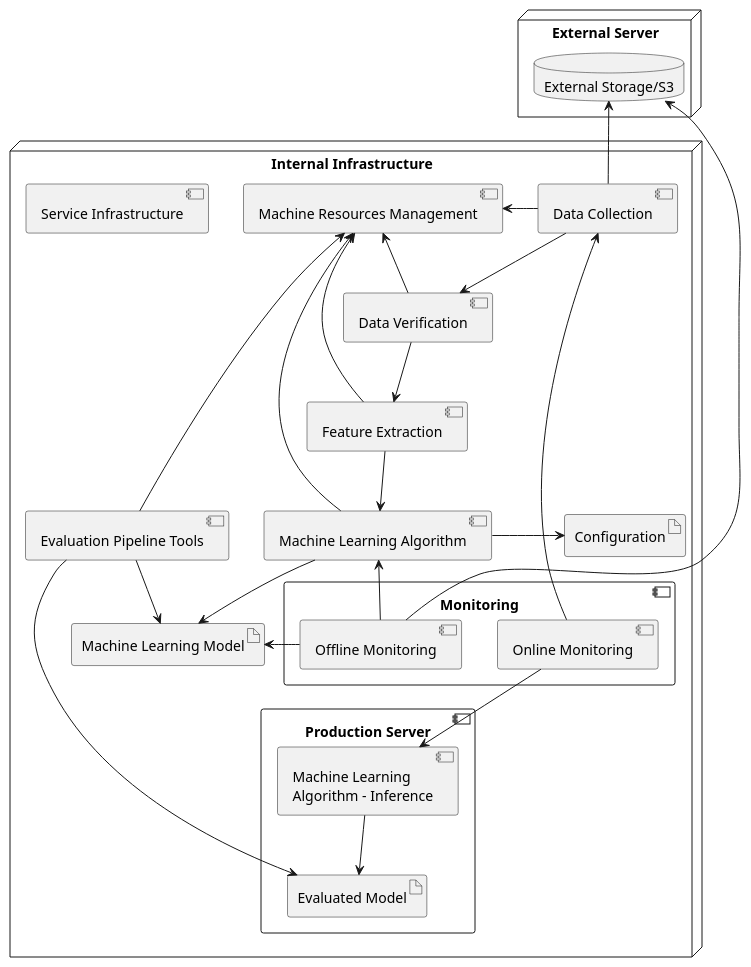
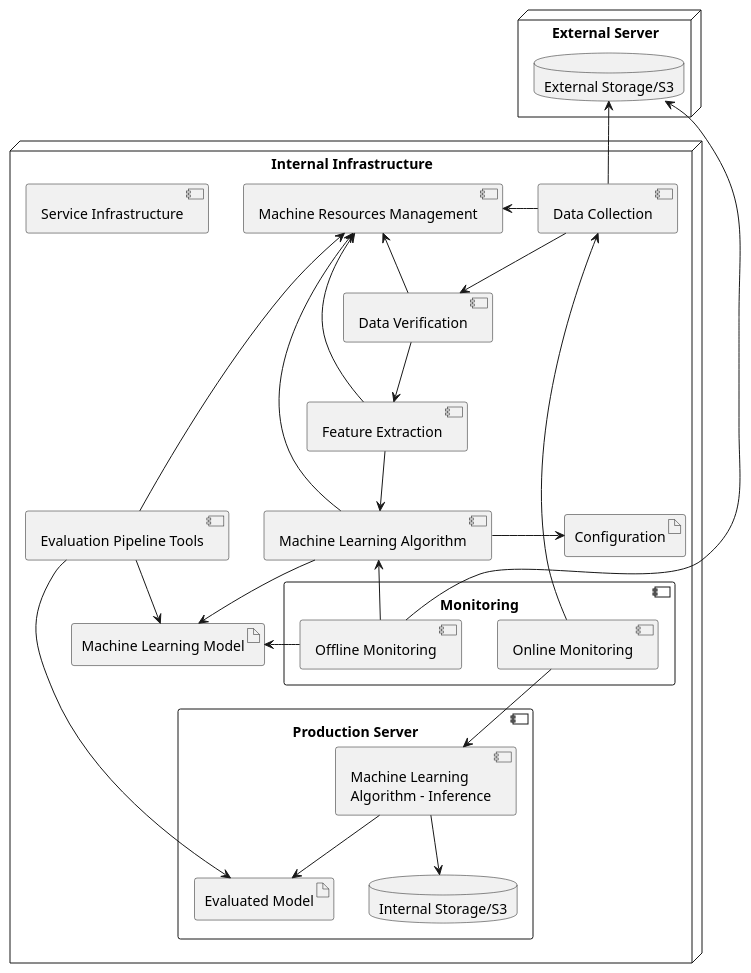
The diagram in docs/diagrams/src/components.puml (parham075/Sleep-stage-classification), drawn with PlantUML before and after one commit.

Commit message:
fix: added missing internal S3 sink storage

```diff
--- a/docs/diagrams/src/components.puml
+++ b/docs/diagrams/src/components.puml
@@ -1,55 +1,57 @@
 @startuml
 
 node "External Server" {
   database "External Storage/S3" as s3
 }
 
 node "Internal Infrastructure" {
   component "Data Collection" as datacoll
   component "Feature Extraction" as fex
   component "Monitoring" as monitoring {
     component "Online Monitoring" as online_monitor
     component "Offline Monitoring" as offline_monitor
   }
   component "Data Verification" as dataver
   component "Machine Learning Algorithm" as mlalgo
   artifact "Machine Learning Model" as mlmod
 
   component "Evaluation Pipeline Tools" as evalpipe
   artifact "Configuration" as config
   component "Machine Resources Management" as mantools
   ' mterraform
   component "Service Infrastructure" as infra
 
   component "Production Server" as server {
     artifact "Evaluated Model" as evamod
     component "Machine Learning\nAlgorithm - Inference" as mlalgoi
+    database "Internal Storage/S3" as is3
   }
 }
 
 datacoll -u-> s3
 datacoll -d-> dataver
 dataver -d-> fex
 fex -d-> mlalgo
 mlalgo -d-> mlmod
 mlalgo -r-> config
 
 evalpipe --> mlmod
 evalpipe -d-> evamod
 
 offline_monitor -u-> s3
 offline_monitor -u-> mlalgo
 offline_monitor -u-> mlmod
 
 mlalgoi --> evamod
+mlalgoi --> is3
 online_monitor --> mlalgoi
 online_monitor --> datacoll
 
 ' Monitoring
 datacoll -l-> mantools
 dataver -l-> mantools
 fex -l-> mantools
 mlalgo -l-> mantools
 evalpipe -l-> mantools
 
 @enduml
```
